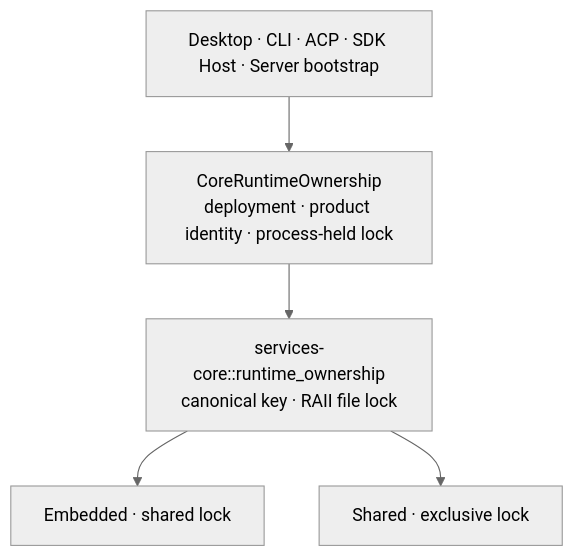
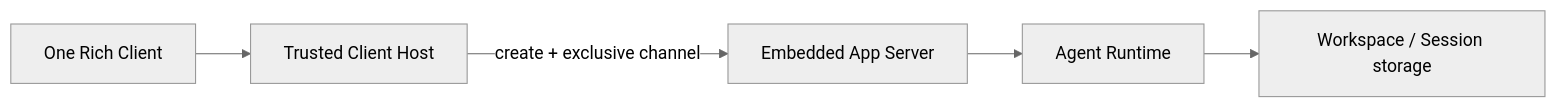
One commit to GCWing/BitFun changed the fourth of 6 diagrams in docs/architecture/agent-runtime-deployment-design.md. Above: the diagram before and after it, drawn with Mermaid (neutral theme). The commit also changed other lines of this file and 15 other files, not shown here.

Commit message:
feat(doct): add app server design

````diff
--- a/docs/architecture/agent-runtime-deployment-design.md
+++ b/docs/architecture/agent-runtime-deployment-design.md
@@ -107,8 +155,7 @@
 ```mermaid
-flowchart TB
-  Entrypoints["Desktop · CLI · ACP · SDK Host · Server bootstrap"]
-  Entrypoints --> Core["CoreRuntimeOwnership<br/>deployment · product identity · process-held lock"]
-  Core --> Primitive["services-core::runtime_ownership<br/>canonical key · RAII file lock"]
-  Primitive --> E["Embedded · shared lock"]
-  Primitive --> S["Shared · exclusive lock"]
+flowchart LR
+  Client["One Rich Client"] --> Host["Trusted Client Host"]
+  Host -->|"create + exclusive channel"| App["Embedded App Server"]
+  App --> Runtime["Agent Runtime"]
+  Runtime --> Data["Workspace / Session storage"]
 ```
````
